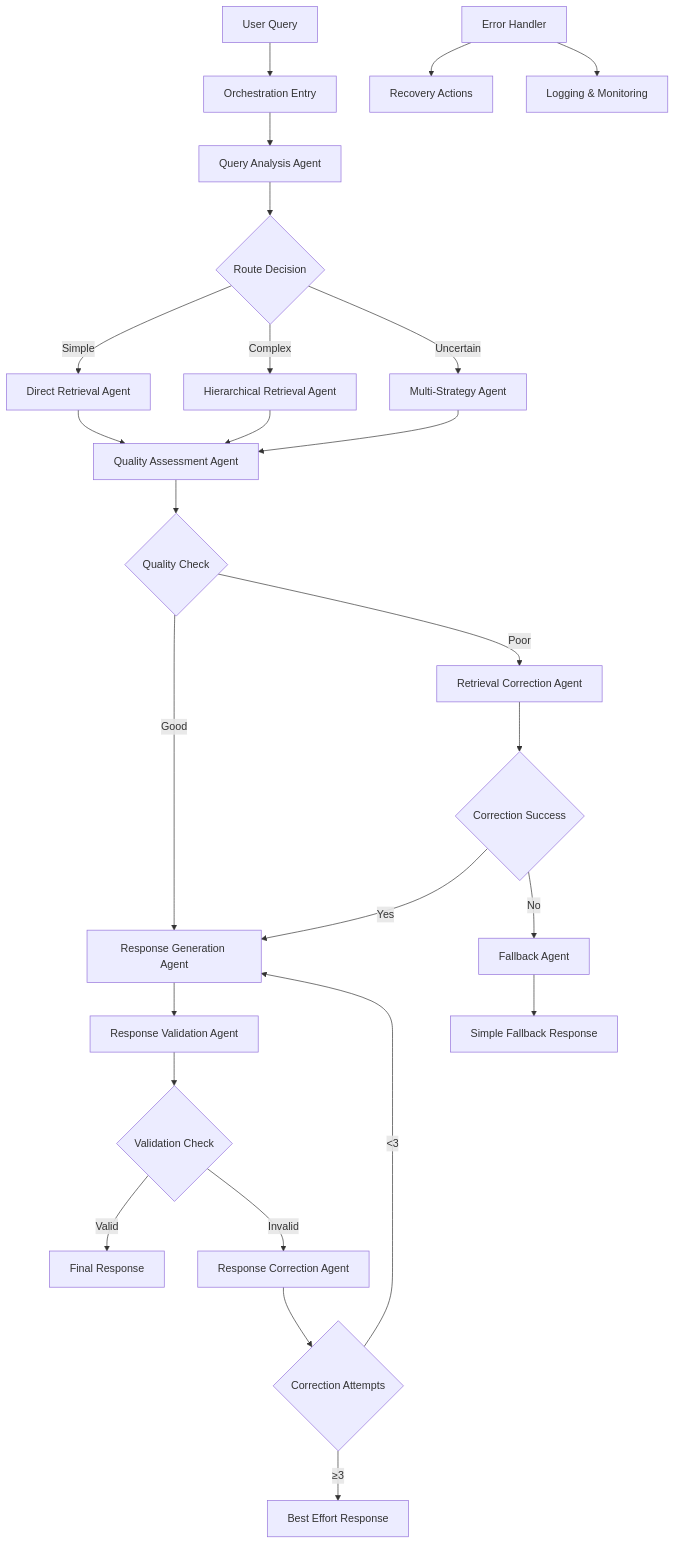
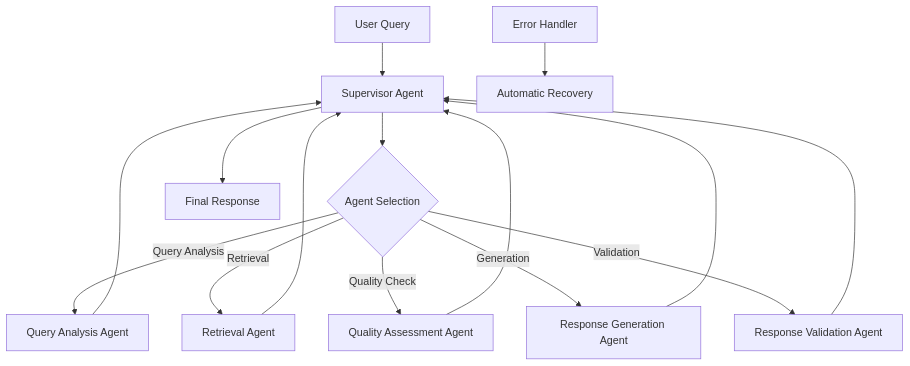
One commit to BjornMelin/docmind-ai-llm changed the diagram in docs/adrs/new/ADR-011-NEW-agent-orchestration-framework.md. Above: the diagram before and after it, drawn with Mermaid. The commit also changed other lines of this file and 10 other files, not shown here.

First line of the commit message:
docs(adrs): update multiple architecture decision records for enhancements

````diff
--- a/docs/adrs/new/ADR-011-NEW-agent-orchestration-framework.md
+++ b/docs/adrs/new/ADR-011-NEW-agent-orchestration-framework.md
@@ -97,36 +97,21 @@
 ```mermaid
 graph TD
-    A[User Query] --> B[Orchestration Entry]
-    B --> C[Query Analysis Agent]
+    A[User Query] --> B[Supervisor Agent]
+    B --> C{Agent Selection}
     
-    C --> D{Route Decision}
-    D -->|Simple| E[Direct Retrieval Agent]
-    D -->|Complex| F[Hierarchical Retrieval Agent]
-    D -->|Uncertain| G[Multi-Strategy Agent]
+    C -->|Query Analysis| D[Query Analysis Agent]
+    C -->|Retrieval| E[Retrieval Agent] 
+    C -->|Quality Check| F[Quality Assessment Agent]
+    C -->|Generation| G[Response Generation Agent]
+    C -->|Validation| H[Response Validation Agent]
     
-    E --> H[Quality Assessment Agent]
-    F --> H
-    G --> H
+    D --> B
+    E --> B
+    F --> B
+    G --> B
+    H --> B
     
-    H --> I{Quality Check}
-    I -->|Good| J[Response Generation Agent]
-    I -->|Poor| K[Retrieval Correction Agent]
+    B --> I[Final Response]
     
-    K --> L{Correction Success}
-    L -->|Yes| J
-    L -->|No| M[Fallback Agent]
-    
-    J --> N[Response Validation Agent]
-    N --> O{Validation Check}
-    O -->|Valid| P[Final Response]
-    O -->|Invalid| Q[Response Correction Agent]
-    
-    Q --> R{Correction Attempts}
-    R -->|<3| J
-    R -->|≥3| S[Best Effort Response]
-    
-    M --> T[Simple Fallback Response]
-    
-    U[Error Handler] --> V[Recovery Actions]
-    U --> W[Logging & Monitoring]
+    J[Error Handler] --> K[Automatic Recovery]
 ```
````
